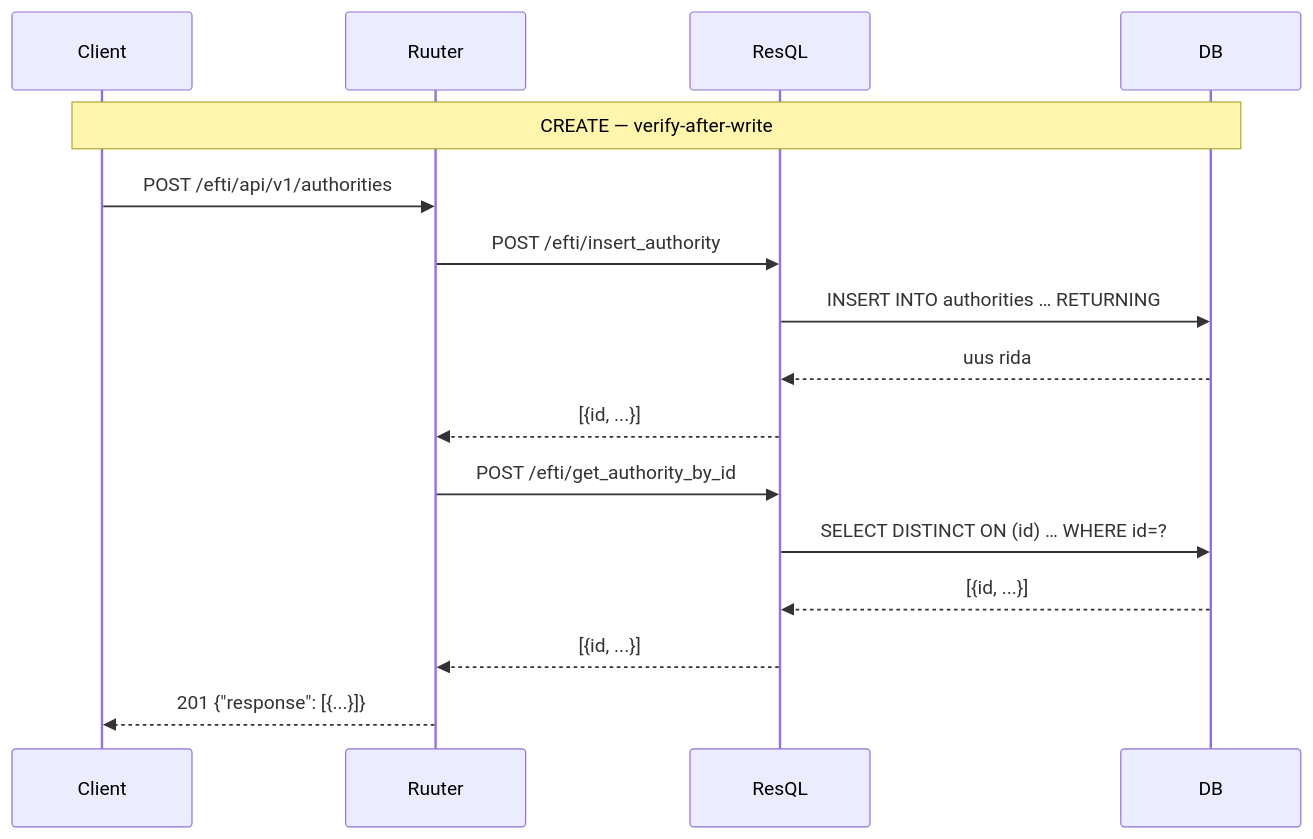
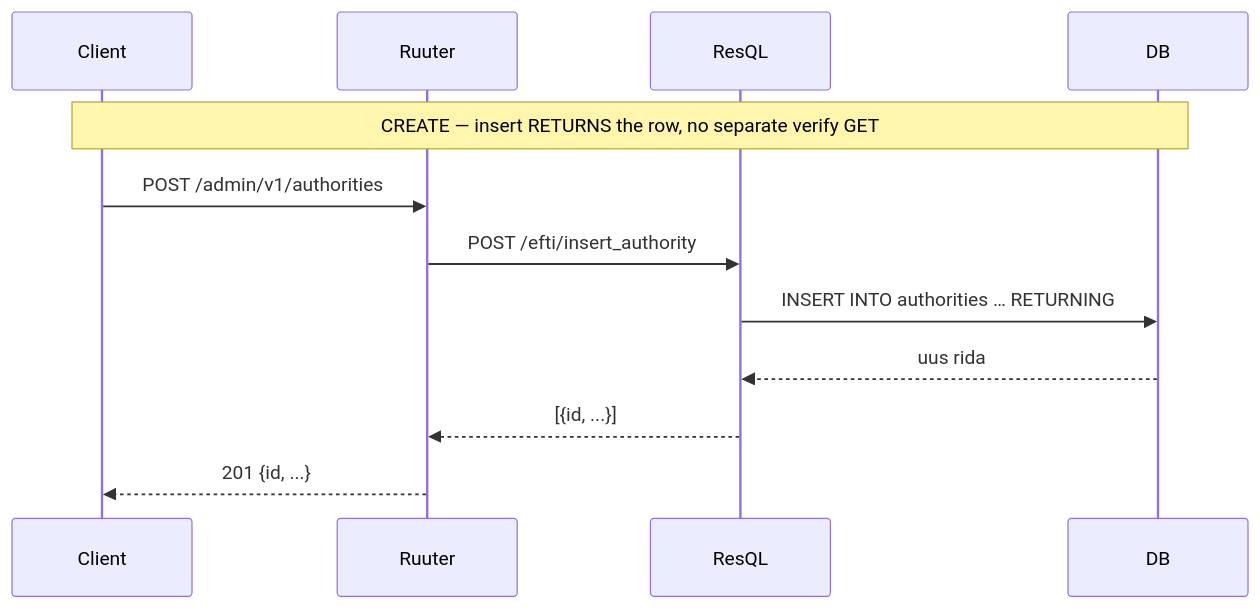
Before and after one commit to kemit-ee/efti-gate-ee: the fourth of 4 diagrams in docs/specs/api_endpoints.md, drawn with Mermaid. The commit also changed other lines of this file and 1 other file, not shown here.

First line of the commit message:
docs: fix stale Ruuter DSL file-path references in api_endpoints.md and user_api_known_restrictions.md

````diff
--- a/docs/specs/api_endpoints.md
+++ b/docs/specs/api_endpoints.md
@@ -589,19 +575,15 @@
 ```mermaid
 sequenceDiagram
     participant Client
     participant Ruuter
     participant ResQL
     participant DB
 
-    Note over Client,DB: CREATE — verify-after-write
-    Client->>Ruuter: POST /efti/api/v1/authorities
+    Note over Client,DB: CREATE — insert RETURNS the row, no separate verify GET
+    Client->>Ruuter: POST /admin/v1/authorities
     Ruuter->>ResQL: POST /efti/insert_authority
     ResQL->>DB: INSERT INTO authorities … RETURNING
     DB-->>ResQL: uus rida
     ResQL-->>Ruuter: [{id, ...}]
-    Ruuter->>ResQL: POST /efti/get_authority_by_id
-    ResQL->>DB: SELECT DISTINCT ON (id) … WHERE id=?
-    DB-->>ResQL: [{id, ...}]
-    ResQL-->>Ruuter: [{id, ...}]
-    Ruuter-->>Client: 201 {"response": [{...}]}
+    Ruuter-->>Client: 201 {id, ...}
 ```
````
